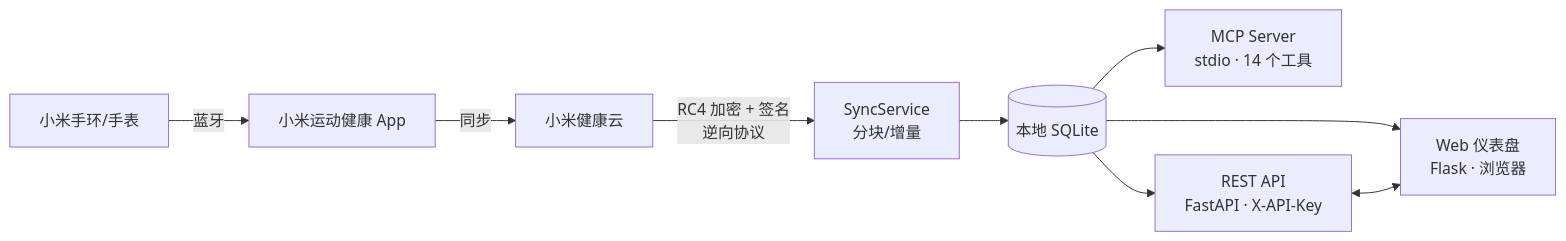
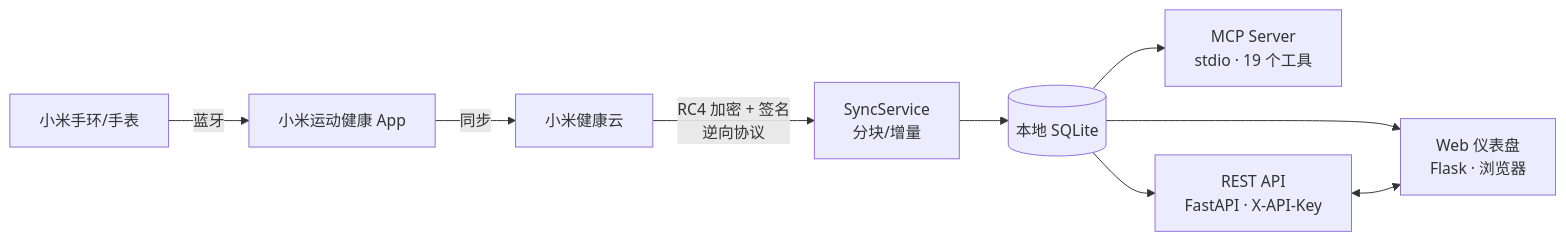
One commit to dulk-dev/mi-fitness-mcp-cn changed the diagram in README.md. Above: the diagram before and after it, drawn with Mermaid. The commit also changed other lines of this file and 14 other files, not shown here.

````diff
--- a/README.md
+++ b/README.md
@@ -29,11 +29,11 @@
 ```mermaid
 flowchart LR
     A[小米手环/手表] -->|蓝牙| B[小米运动健康 App]
     B -->|同步| C[小米健康云]
     C -->|RC4 加密 + 签名<br/>逆向协议| D[SyncService<br/>分块/增量]
     D --> E[(本地 SQLite)]
-    E --> F[MCP Server<br/>stdio · 14 个工具]
+    E --> F[MCP Server<br/>stdio · 19 个工具]
     E --> G[REST API<br/>FastAPI · X-API-Key]
     E --> H[Web 仪表盘<br/>Flask · 浏览器]
     G <--> H
 ```
````
